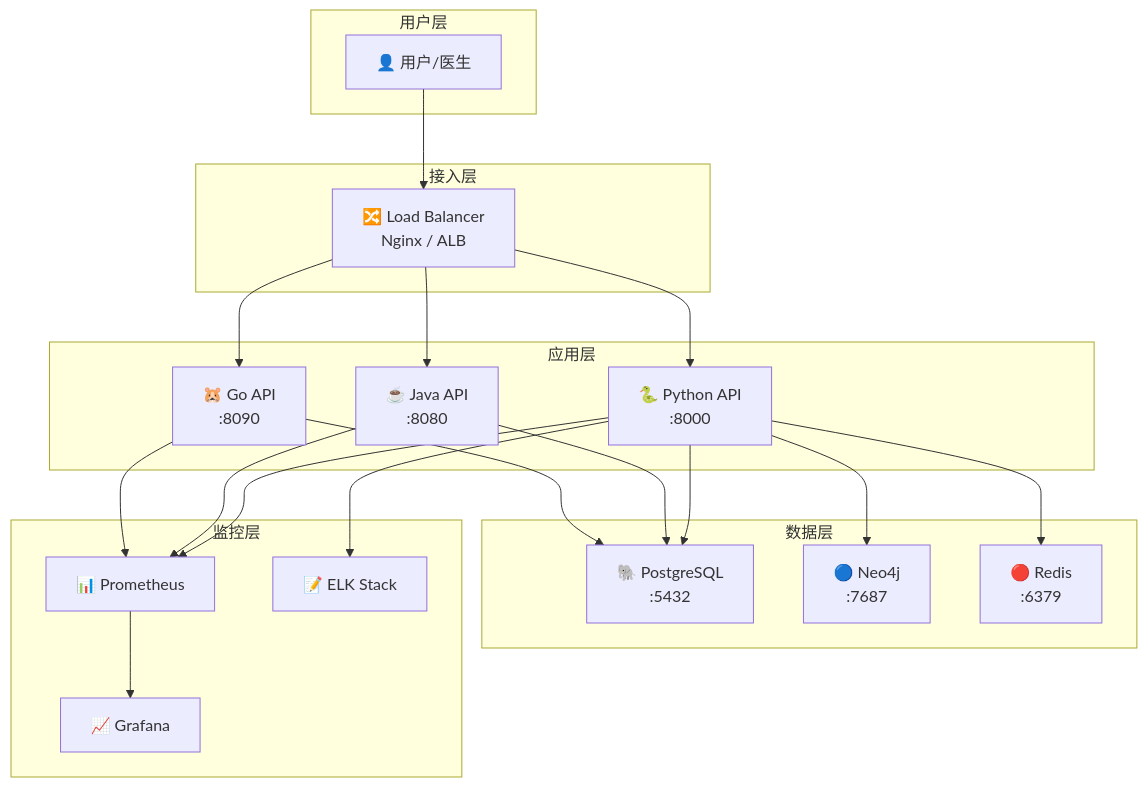
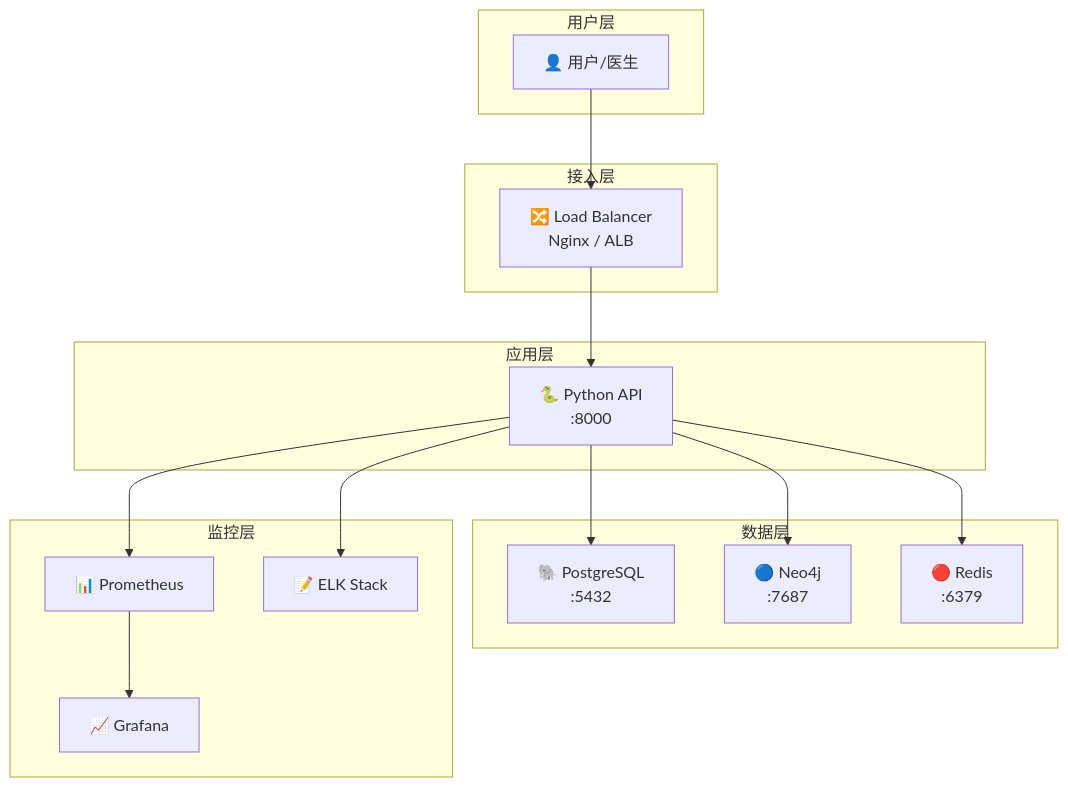
One commit to HenryVarro666/Medical-Multi-Agent-System changed the first of 8 diagrams in docs/07-部署运维指南.md. Above: the diagram before and after it, drawn with Mermaid. The commit also changed other lines of this file and 33 other files, not shown here.

First line of the commit message:
Wire GraphRAG/DDI into pipeline, add retry guard + eval harness; run eval on local vLLM

````diff
--- a/docs/07-部署运维指南.md
+++ b/docs/07-部署运维指南.md
@@ -32,43 +32,35 @@
 ```mermaid
 graph TB
     subgraph "用户层"
         U["👤 用户/医生"]
     end
 
     subgraph "接入层"
         LB["🔀 Load Balancer<br/>Nginx / ALB"]
     end
 
     subgraph "应用层"
         APP1["🐍 Python API<br/>:8000"]
-        APP2["☕ Java API<br/>:8080"]
-        APP3["🐹 Go API<br/>:8090"]
     end
 
     subgraph "数据层"
         PG["🐘 PostgreSQL<br/>:5432"]
         NEO["🔵 Neo4j<br/>:7687"]
         REDIS["🔴 Redis<br/>:6379"]
     end
 
     subgraph "监控层"
         PROM["📊 Prometheus"]
         GRAF["📈 Grafana"]
         ELK["📝 ELK Stack"]
     end
 
     U --> LB
     LB --> APP1
-    LB --> APP2
-    LB --> APP3
     APP1 --> PG
     APP1 --> NEO
     APP1 --> REDIS
-    APP2 --> PG
-    APP3 --> PG
     APP1 --> PROM
-    APP2 --> PROM
-    APP3 --> PROM
     PROM --> GRAF
     APP1 --> ELK
 ```
````
